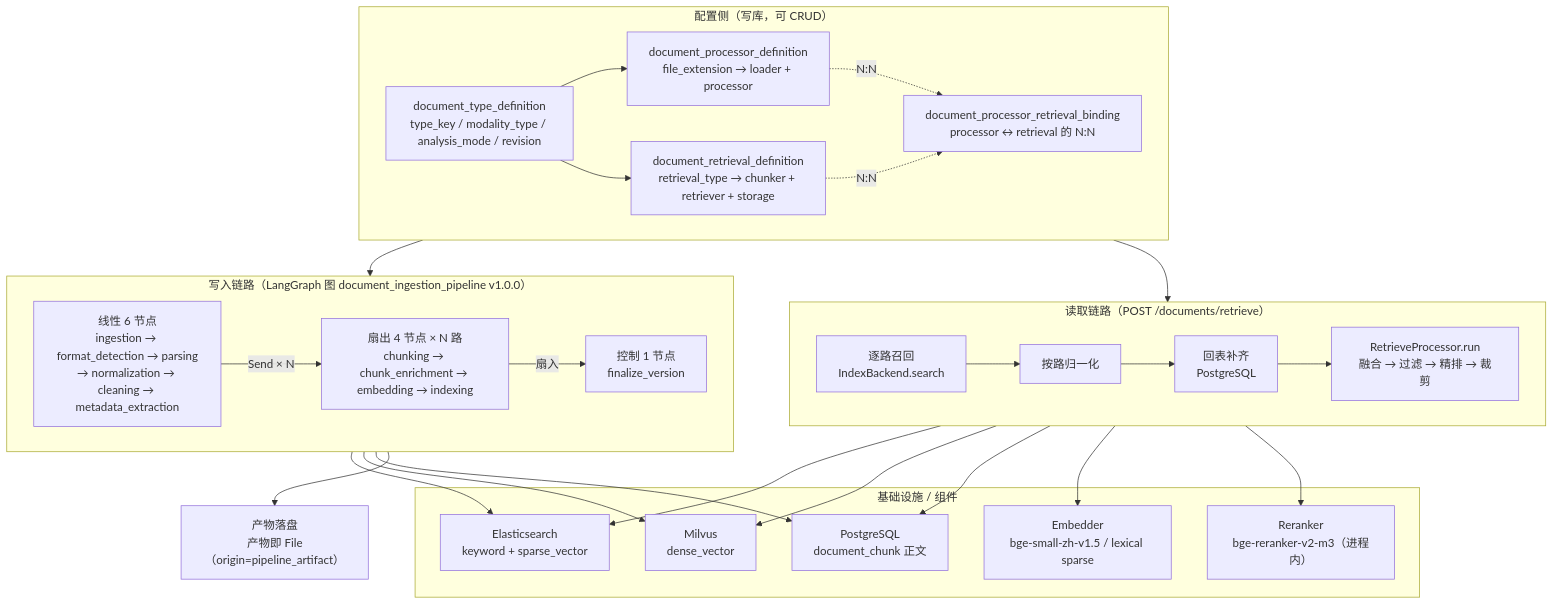
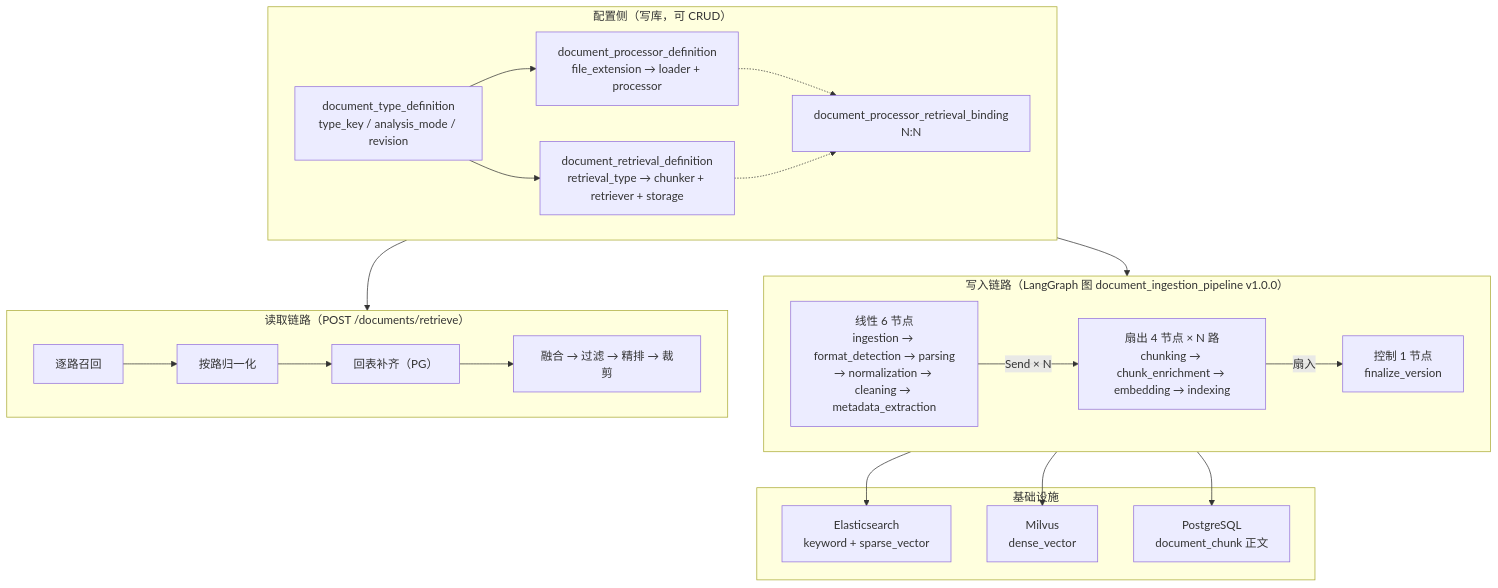
One commit to wenbyin/YTraderHarness changed the diagram in README_DOCUMENT.md. Above: the diagram before and after it, drawn with Mermaid. The commit also changed other lines of this file and 10 other files, not shown here.

````diff
--- a/README_DOCUMENT.md
+++ b/README_DOCUMENT.md
@@ -50,51 +41,37 @@
 ```mermaid
 flowchart TB
     subgraph CFG["配置侧（写库，可 CRUD）"]
-        DTD["document_type_definition<br/>type_key / modality_type / analysis_mode / revision"]
+        DTD["document_type_definition<br/>type_key / analysis_mode / revision"]
         PD["document_processor_definition<br/>file_extension → loader + processor"]
         RD["document_retrieval_definition<br/>retrieval_type → chunker + retriever + storage"]
-        PRB["document_processor_retrieval_binding<br/>processor ↔ retrieval 的 N:N"]
+        PRB["document_processor_retrieval_binding<br/>N:N"]
         DTD --> PD
         DTD --> RD
-        PD -.->|"N:N"| PRB
-        RD -.->|"N:N"| PRB
+        PD -.-> PRB
+        RD -.-> PRB
     end
 
     subgraph WRITE["写入链路（LangGraph 图 document_ingestion_pipeline v1.0.0）"]
         L["线性 6 节点<br/>ingestion → format_detection → parsing<br/>→ normalization → cleaning → metadata_extraction"]
         F["扇出 4 节点 × N 路<br/>chunking → chunk_enrichment → embedding → indexing"]
         C["控制 1 节点<br/>finalize_version"]
         L -->|"Send × N"| F
         F -->|"扇入"| C
     end
 
     subgraph READ["读取链路（POST /documents/retrieve）"]
-        R1["逐路召回<br/>IndexBackend.search"]
-        R2["按路归一化"]
-        R3["回表补齐<br/>PostgreSQL"]
-        R4["RetrieveProcessor.run<br/>融合 → 过滤 → 精排 → 裁剪"]
-        R1 --> R2 --> R3 --> R4
+        R1["逐路召回"] --> R2["按路归一化"] --> R3["回表补齐（PG）"] --> R4["融合 → 过滤 → 精排 → 裁剪"]
     end
 
-    subgraph INFRA["基础设施 / 组件"]
+    subgraph INFRA["基础设施"]
         ES["Elasticsearch<br/>keyword + sparse_vector"]
         MV["Milvus<br/>dense_vector"]
         PG["PostgreSQL<br/>document_chunk 正文"]
-        EMB["Embedder<br/>bge-small-zh-v1.5 / lexical sparse"]
-        RR["Reranker<br/>bge-reranker-v2-m3（进程内）"]
     end
 
     CFG --> WRITE
     CFG --> READ
     WRITE --> ES
     WRITE --> MV
     WRITE --> PG
-    READ --> ES
-    READ --> MV
-    READ --> PG
-    READ --> EMB
-    READ --> RR
-
-    Q["产物落盘<br/>产物即 File（origin=pipeline_artifact）"]
-    WRITE --> Q
 ```
````
